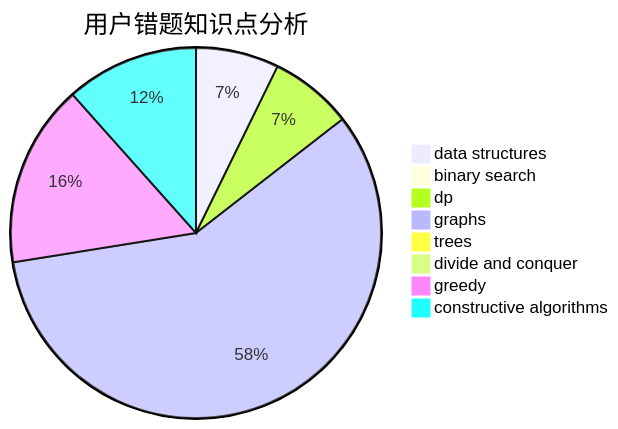
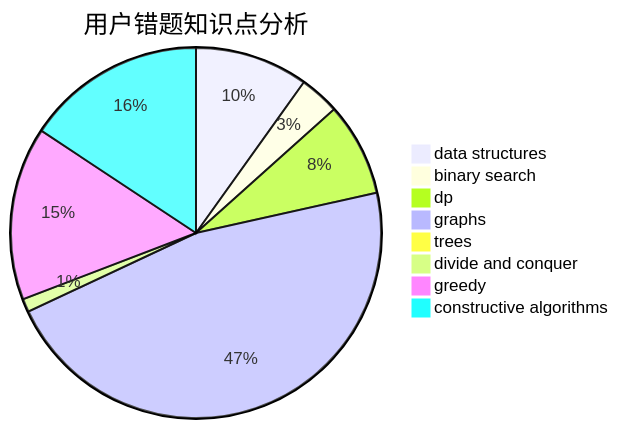
One commit to sherpahu/cfrs.github.io changed the third of 3 diagrams in docs/user/u855.md. Above: the diagram before and after it, drawn with Mermaid. The commit also changed other lines of this file and 2770 other files, not shown here.

````diff
--- a/docs/user/u855.md
+++ b/docs/user/u855.md
@@ -36,11 +36,11 @@
 ```mermaid
 pie title 用户错题知识点分析
-    "data structures" :  10
-    "binary search" :  0
-    "dp" :  10
+    "data structures" :  17
+    "binary search" :  6
+    "dp" :  14
     "graphs" :  80
     "trees" :  0
-    "divide and conquer" :  0
-    "greedy" :  22
-    "constructive algorithms" :  16
+    "divide and conquer" :  2
+    "greedy" :  26
+    "constructive algorithms" :  27
 ```
````
